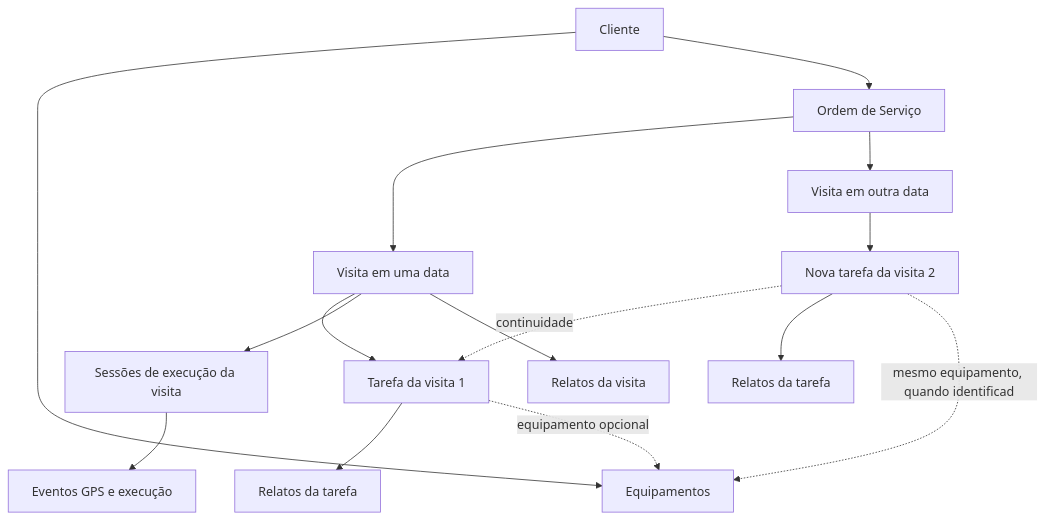
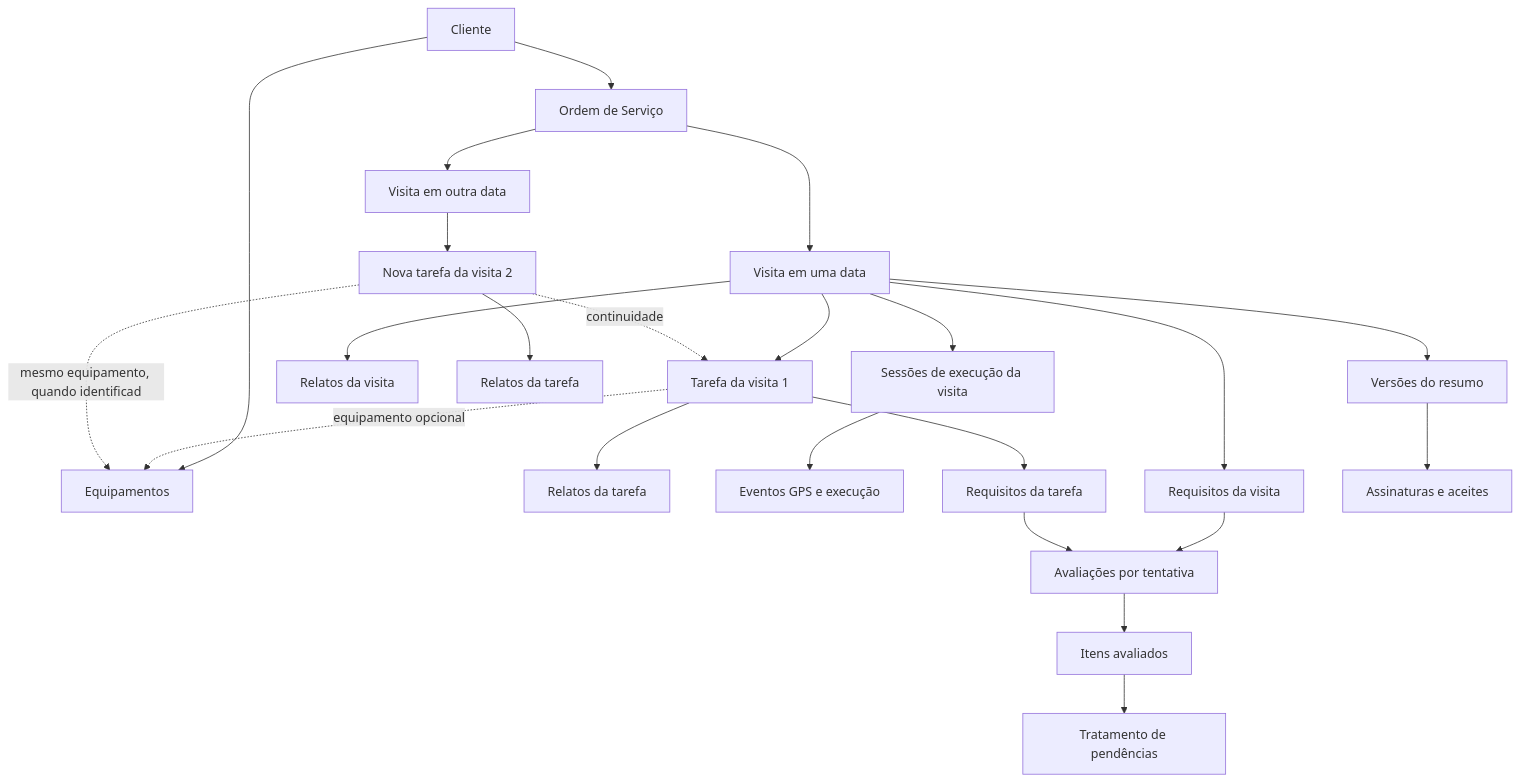
The third of 3 diagrams in documentacao/MODELO_LOGICO_DADOS_OPERACAO.md (lucasfaborges94/erp-winservice-dev-docs), drawn with Mermaid before and after one commit. The commit also changed other lines of this file, not shown here.

Commit message:
docs: completa relacionamentos do fluxo de requisitos e aceite

````diff
--- a/documentacao/MODELO_LOGICO_DADOS_OPERACAO.md
+++ b/documentacao/MODELO_LOGICO_DADOS_OPERACAO.md
@@ -518,17 +518,25 @@
 ```mermaid
 flowchart TD
     C[Cliente] --> E[Equipamentos]
     C --> WO[Ordem de Serviço]
     WO --> V1[Visita em uma data]
     WO --> V2[Visita em outra data]
     V1 --> T1[Tarefa da visita 1]
     V2 --> T2[Nova tarefa da visita 2]
     T2 -.continuidade.-> T1
     T1 --> R1[Relatos da tarefa]
     V1 --> S1[Sessões de execução da visita]
     S1 --> X1[Eventos GPS e execução]
     V1 --> RV1[Relatos da visita]
     T2 --> R2[Relatos da tarefa]
+    V1 --> RE[Requisitos da visita]
+    T1 --> TRE[Requisitos da tarefa]
+    RE --> EV[Avaliações por tentativa]
+    TRE --> EV
+    EV --> EI[Itens avaliados]
+    EI --> PR[Tratamento de pendências]
+    V1 --> EVR[Versões do resumo]
+    EVR --> DA[Assinaturas e aceites]
     T1 -.equipamento opcional.-> E
     T2 -.mesmo equipamento, quando identificado.-> E
 ```
````
